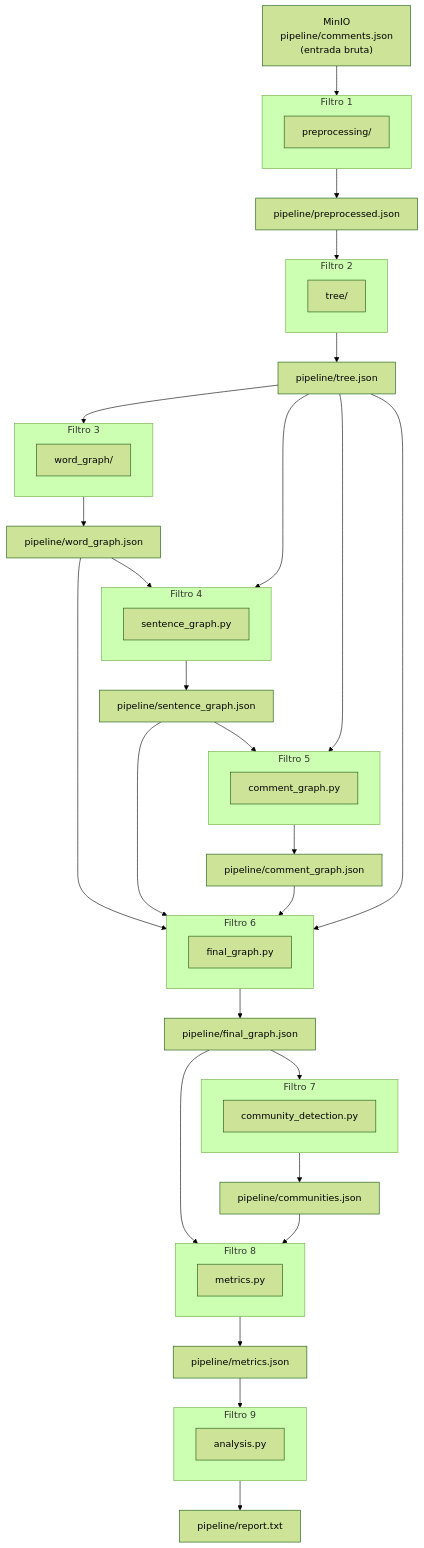
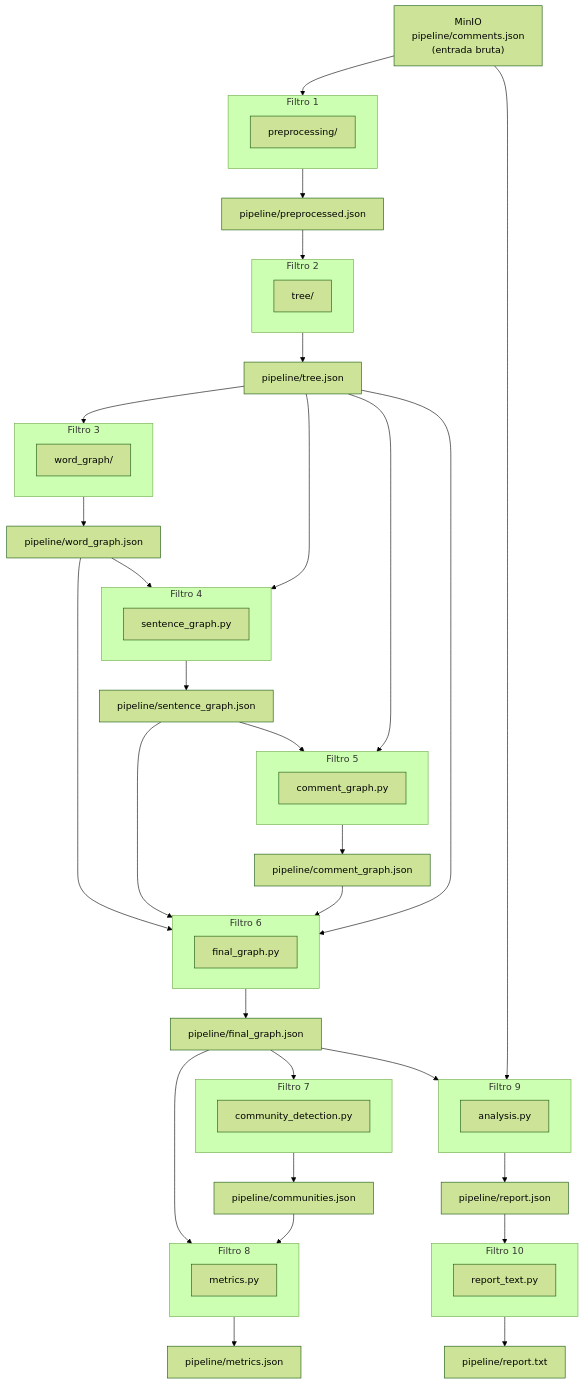
Before and after one commit to RufinoVfR/GameReviewGraph: the diagram in docs/arquitetura.md, drawn with Mermaid (forest theme). The commit also changed other lines of this file and 24 other files, not shown here.

First line of the commit message:
[US14] Relatório final (backend): comparação de 5 métodos + report.json/txt (#29)

````diff
--- a/docs/arquitetura.md
+++ b/docs/arquitetura.md
@@ -11,57 +11,63 @@
 ```mermaid
 flowchart TD
     RAW["MinIO\npipeline/comments.json\n(entrada bruta)"]
 
     subgraph F1["Filtro 1"]
         PP["preprocessing/"]
     end
     subgraph F2["Filtro 2"]
         TR["tree/"]
     end
     subgraph F3["Filtro 3"]
         WG["word_graph/"]
     end
     subgraph F4["Filtro 4"]
         SG["sentence_graph.py"]
     end
     subgraph F5["Filtro 5"]
         CG["comment_graph.py"]
     end
     subgraph F6["Filtro 6"]
         FG["final_graph.py"]
     end
     subgraph F7["Filtro 7"]
         CD["community_detection.py"]
     end
     subgraph F8["Filtro 8"]
         MT["metrics.py"]
     end
     subgraph F9["Filtro 9"]
         AN["analysis.py"]
     end
+    subgraph F10["Filtro 10"]
+        RT["report_text.py"]
+    end
 
     PRE["pipeline/preprocessed.json"]
     TREE["pipeline/tree.json"]
     WGJ["pipeline/word_graph.json"]
     SGJ["pipeline/sentence_graph.json"]
     CGJ["pipeline/comment_graph.json"]
     FGJ["pipeline/final_graph.json"]
     COM["pipeline/communities.json"]
     MET["pipeline/metrics.json"]
-    REP["pipeline/report.txt"]
+    REP["pipeline/report.json"]
+    RPT["pipeline/report.txt"]
 
     RAW --> F1 --> PRE --> F2 --> TREE
     TREE --> F3 --> WGJ
     WGJ --> F4
     TREE --> F4 --> SGJ
     SGJ --> F5
     TREE --> F5 --> CGJ
     WGJ --> F6
     SGJ --> F6
     CGJ --> F6
     TREE --> F6 --> FGJ
     FGJ --> F7 --> COM
     FGJ --> F8
     COM --> F8 --> MET
-    MET --> F9 --> REP
+    FGJ --> F9
+    RAW --> F9 --> REP
+    REP --> F10 --> RPT
 ```
````
